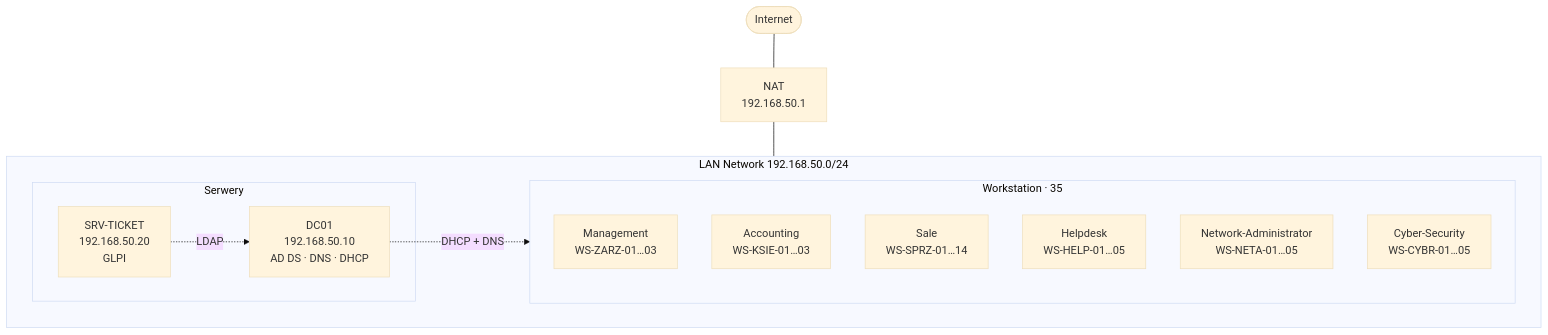
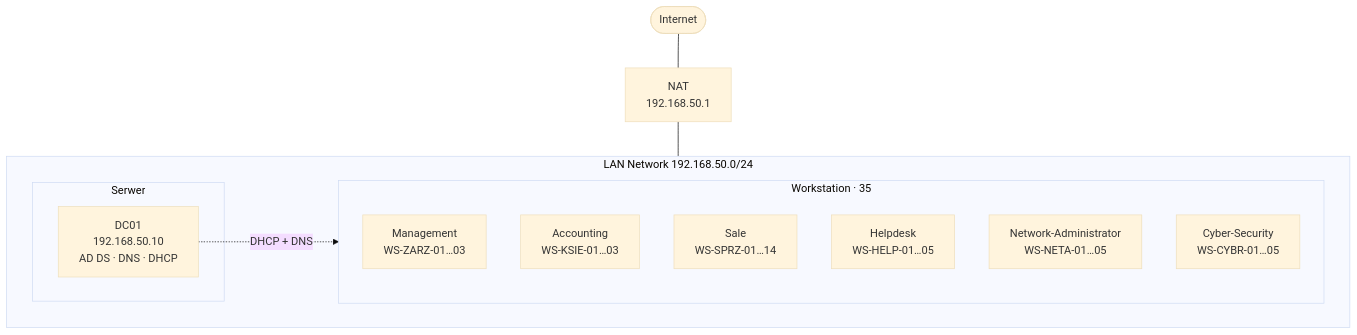
The diagram in README.md (marwat98/NismoNET-LAB), drawn with Mermaid (base theme) before and after one commit.

Commit message:
Fix server label and update network diagram
Corrected the Polish term for 'Server' in the diagram and removed a reference to TICKET server in the network connections.

````diff
--- a/README.md
+++ b/README.md
@@ -11,25 +11,23 @@
 ```mermaid
 flowchart TB
     NET([Internet])
     GW[NAT<br/>192.168.50.1]
     NET --- GW
 
     subgraph LAN [LAN Network 192.168.50.0/24]
-        subgraph SRV [Serwery]
+        subgraph SRV [Serwer]
             DC01[DC01<br/>192.168.50.10<br/>AD DS · DNS · DHCP]
-            TICKET[SRV-TICKET<br/>192.168.50.20<br/>GLPI]
         end
         subgraph WS [Workstation · 35]
             ZARZ[Management<br/>WS-ZARZ-01…03]
             KSIE[Accounting<br/>WS-KSIE-01…03]
             SPRZ[Sale<br/>WS-SPRZ-01…14]
             HELP[Helpdesk<br/>WS-HELP-01…05]
             NETA[Network-Administrator<br/>WS-NETA-01…05]
             CYBR[Cyber-Security<br/>WS-CYBR-01…05]
         end
     end
 
     GW --- LAN
     DC01 -. DHCP + DNS .-> WS
-    TICKET -. LDAP .-> DC01
 ```
````
